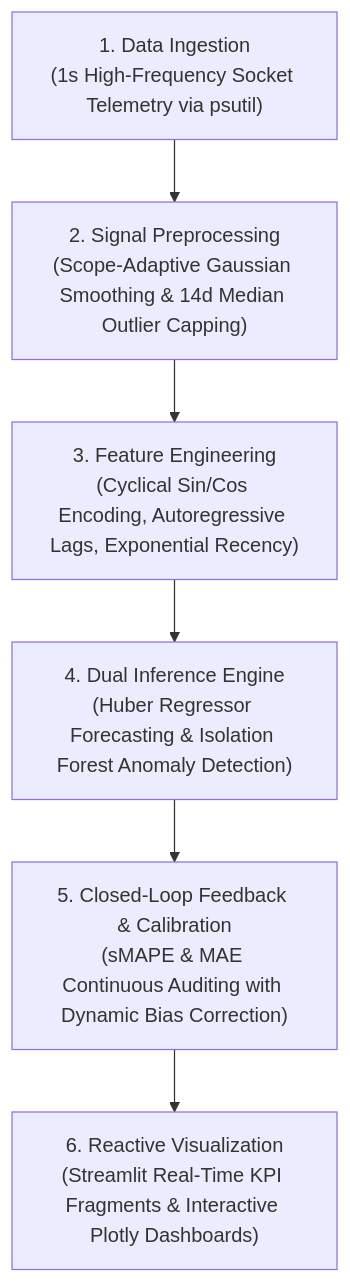
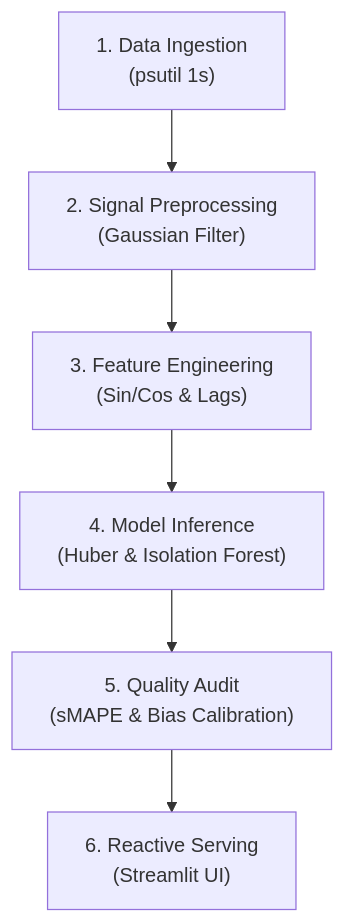
One commit to thapanon-chu/netpulse changed the second of 2 diagrams in README.md. Above: the diagram before and after it, drawn with Mermaid.

Commit message:
Condense ML workflow diagram node labels to prevent container overflow

````diff
--- a/README.md
+++ b/README.md
@@ -148,8 +148,8 @@
 ```mermaid
-flowchart TD
-    A["1. Data Ingestion<br/>(1s High-Frequency Socket Telemetry via psutil)"] --> B["2. Signal Preprocessing<br/>(Scope-Adaptive Gaussian Smoothing & 14d Median Outlier Capping)"]
-    B --> C["3. Feature Engineering<br/>(Cyclical Sin/Cos Encoding, Autoregressive Lags, Exponential Recency)"]
-    C --> D["4. Dual Inference Engine<br/>(Huber Regressor Forecasting & Isolation Forest Anomaly Detection)"]
-    D --> E["5. Closed-Loop Feedback & Calibration<br/>(sMAPE & MAE Continuous Auditing with Dynamic Bias Correction)"]
-    E --> F["6. Reactive Visualization<br/>(Streamlit Real-Time KPI Fragments & Interactive Plotly Dashboards)"]
+graph TD
+    A["1. Data Ingestion<br/>(psutil 1s)"] --> B["2. Signal Preprocessing<br/>(Gaussian Filter)"]
+    B --> C["3. Feature Engineering<br/>(Sin/Cos & Lags)"]
+    C --> D["4. Model Inference<br/>(Huber & Isolation Forest)"]
+    D --> E["5. Quality Audit<br/>(sMAPE & Bias Calibration)"]
+    E --> F["6. Reactive Serving<br/>(Streamlit UI)"]
 ```
````
